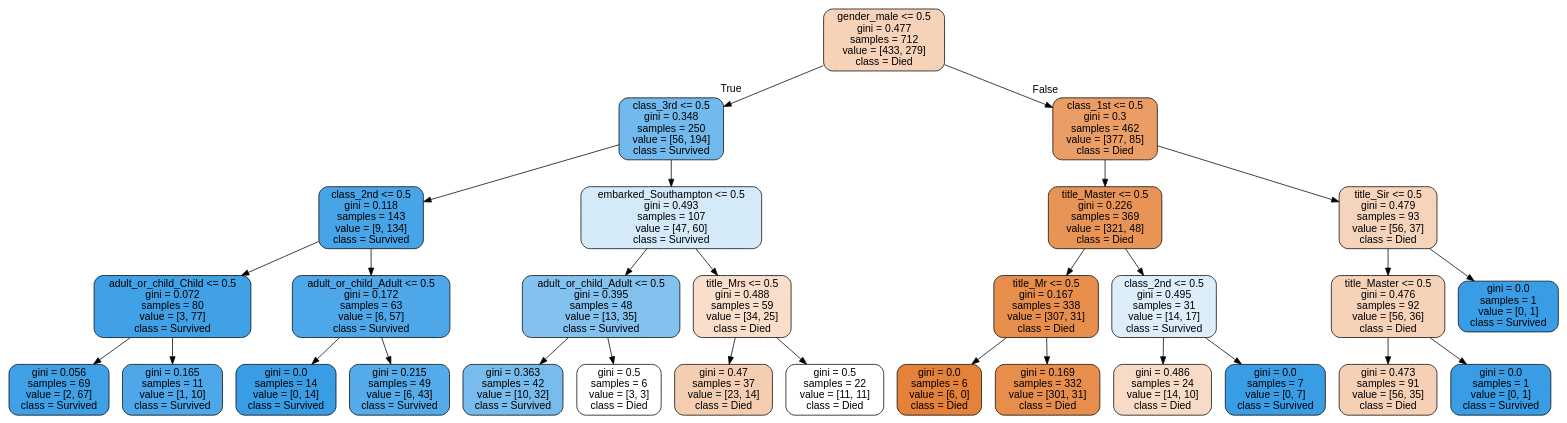
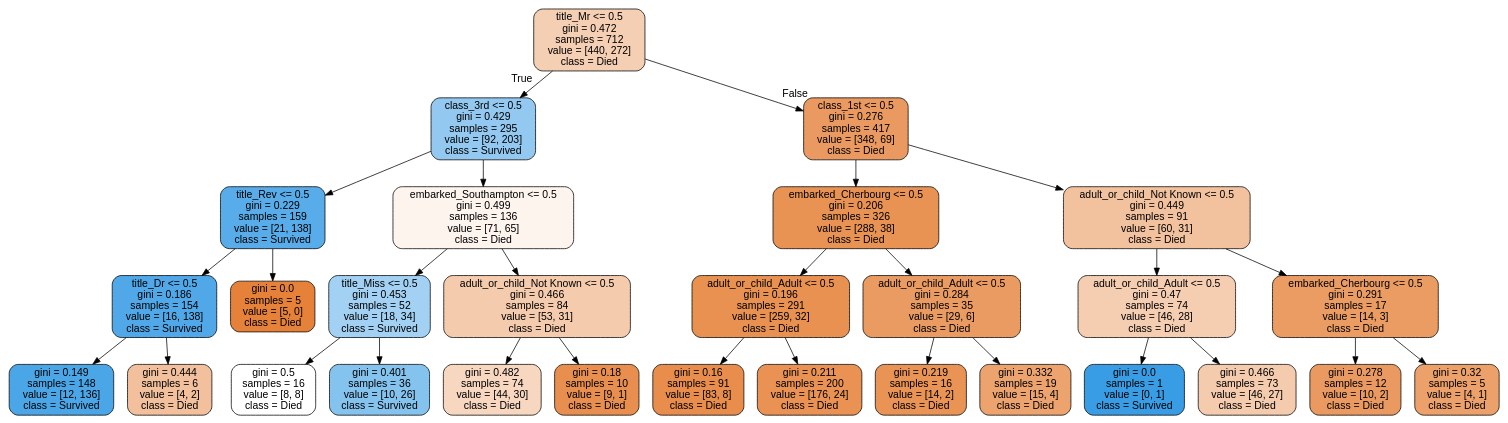
The diagram in titanic_tree.dot (MarkWilcock/Python-ML-Course), drawn with Graphviz before and after one commit. The commit also changed 6 other files, not shown here.

```diff
--- a/titanic_tree.dot
+++ b/titanic_tree.dot
@@ -1,61 +1,61 @@
 digraph Tree {
 node [shape=box, style="filled, rounded", color="black", fontname="helvetica"] ;
 edge [fontname="helvetica"] ;
-0 [label="gender_male <= 0.5\ngini = 0.477\nsamples = 712\nvalue = [433, 279]\nclass = Died", fillcolor="#f6d2b9"] ;
-1 [label="class_3rd <= 0.5\ngini = 0.348\nsamples = 250\nvalue = [56, 194]\nclass = Survived", fillcolor="#72b9ed"] ;
+0 [label="title_Mr <= 0.5\ngini = 0.472\nsamples = 712\nvalue = [440, 272]\nclass = Died", fillcolor="#f5cfb3"] ;
+1 [label="class_3rd <= 0.5\ngini = 0.429\nsamples = 295\nvalue = [92, 203]\nclass = Survived", fillcolor="#93c9f1"] ;
 0 -> 1 [labeldistance=2.5, labelangle=45, headlabel="True"] ;
-2 [label="class_2nd <= 0.5\ngini = 0.118\nsamples = 143\nvalue = [9, 134]\nclass = Survived", fillcolor="#46a4e7"] ;
+2 [label="title_Rev <= 0.5\ngini = 0.229\nsamples = 159\nvalue = [21, 138]\nclass = Survived", fillcolor="#57ace9"] ;
 1 -> 2 ;
-3 [label="adult_or_child_Child <= 0.5\ngini = 0.072\nsamples = 80\nvalue = [3, 77]\nclass = Survived", fillcolor="#41a1e6"] ;
+3 [label="title_Dr <= 0.5\ngini = 0.186\nsamples = 154\nvalue = [16, 138]\nclass = Survived", fillcolor="#50a8e8"] ;
 2 -> 3 ;
-4 [label="gini = 0.056\nsamples = 69\nvalue = [2, 67]\nclass = Survived", fillcolor="#3fa0e6"] ;
+4 [label="gini = 0.149\nsamples = 148\nvalue = [12, 136]\nclass = Survived", fillcolor="#4aa6e7"] ;
 3 -> 4 ;
-5 [label="gini = 0.165\nsamples = 11\nvalue = [1, 10]\nclass = Survived", fillcolor="#4da7e8"] ;
+5 [label="gini = 0.444\nsamples = 6\nvalue = [4, 2]\nclass = Died", fillcolor="#f2c09c"] ;
 3 -> 5 ;
-6 [label="adult_or_child_Adult <= 0.5\ngini = 0.172\nsamples = 63\nvalue = [6, 57]\nclass = Survived", fillcolor="#4ea7e8"] ;
+6 [label="gini = 0.0\nsamples = 5\nvalue = [5, 0]\nclass = Died", fillcolor="#e58139"] ;
 2 -> 6 ;
-7 [label="gini = 0.0\nsamples = 14\nvalue = [0, 14]\nclass = Survived", fillcolor="#399de5"] ;
-6 -> 7 ;
-8 [label="gini = 0.215\nsamples = 49\nvalue = [6, 43]\nclass = Survived", fillcolor="#55abe9"] ;
-6 -> 8 ;
-9 [label="embarked_Southampton <= 0.5\ngini = 0.493\nsamples = 107\nvalue = [47, 60]\nclass = Survived", fillcolor="#d4eaf9"] ;
-1 -> 9 ;
-10 [label="adult_or_child_Adult <= 0.5\ngini = 0.395\nsamples = 48\nvalue = [13, 35]\nclass = Survived", fillcolor="#83c1ef"] ;
-9 -> 10 ;
-11 [label="gini = 0.363\nsamples = 42\nvalue = [10, 32]\nclass = Survived", fillcolor="#77bced"] ;
-10 -> 11 ;
-12 [label="gini = 0.5\nsamples = 6\nvalue = [3, 3]\nclass = Died", fillcolor="#ffffff"] ;
-10 -> 12 ;
-13 [label="title_Mrs <= 0.5\ngini = 0.488\nsamples = 59\nvalue = [34, 25]\nclass = Died", fillcolor="#f8decb"] ;
-9 -> 13 ;
-14 [label="gini = 0.47\nsamples = 37\nvalue = [23, 14]\nclass = Died", fillcolor="#f5ceb2"] ;
-13 -> 14 ;
-15 [label="gini = 0.5\nsamples = 22\nvalue = [11, 11]\nclass = Died", fillcolor="#ffffff"] ;
-13 -> 15 ;
-16 [label="class_1st <= 0.5\ngini = 0.3\nsamples = 462\nvalue = [377, 85]\nclass = Died", fillcolor="#eb9d66"] ;
-0 -> 16 [labeldistance=2.5, labelangle=-45, headlabel="False"] ;
-17 [label="title_Master <= 0.5\ngini = 0.226\nsamples = 369\nvalue = [321, 48]\nclass = Died", fillcolor="#e99457"] ;
+7 [label="embarked_Southampton <= 0.5\ngini = 0.499\nsamples = 136\nvalue = [71, 65]\nclass = Died", fillcolor="#fdf4ee"] ;
+1 -> 7 ;
+8 [label="title_Miss <= 0.5\ngini = 0.453\nsamples = 52\nvalue = [18, 34]\nclass = Survived", fillcolor="#a2d1f3"] ;
+7 -> 8 ;
+9 [label="gini = 0.5\nsamples = 16\nvalue = [8, 8]\nclass = Died", fillcolor="#ffffff"] ;
+8 -> 9 ;
+10 [label="gini = 0.401\nsamples = 36\nvalue = [10, 26]\nclass = Survived", fillcolor="#85c3ef"] ;
+8 -> 10 ;
+11 [label="adult_or_child_Not Known <= 0.5\ngini = 0.466\nsamples = 84\nvalue = [53, 31]\nclass = Died", fillcolor="#f4cbad"] ;
+7 -> 11 ;
+12 [label="gini = 0.482\nsamples = 74\nvalue = [44, 30]\nclass = Died", fillcolor="#f7d7c0"] ;
+11 -> 12 ;
+13 [label="gini = 0.18\nsamples = 10\nvalue = [9, 1]\nclass = Died", fillcolor="#e88f4f"] ;
+11 -> 13 ;
+14 [label="class_1st <= 0.5\ngini = 0.276\nsamples = 417\nvalue = [348, 69]\nclass = Died", fillcolor="#ea9a60"] ;
+0 -> 14 [labeldistance=2.5, labelangle=-45, headlabel="False"] ;
+15 [label="embarked_Cherbourg <= 0.5\ngini = 0.206\nsamples = 326\nvalue = [288, 38]\nclass = Died", fillcolor="#e89253"] ;
+14 -> 15 ;
+16 [label="adult_or_child_Adult <= 0.5\ngini = 0.196\nsamples = 291\nvalue = [259, 32]\nclass = Died", fillcolor="#e89151"] ;
+15 -> 16 ;
+17 [label="gini = 0.16\nsamples = 91\nvalue = [83, 8]\nclass = Died", fillcolor="#e88d4c"] ;
 16 -> 17 ;
-18 [label="title_Mr <= 0.5\ngini = 0.167\nsamples = 338\nvalue = [307, 31]\nclass = Died", fillcolor="#e88e4d"] ;
-17 -> 18 ;
-19 [label="gini = 0.0\nsamples = 6\nvalue = [6, 0]\nclass = Died", fillcolor="#e58139"] ;
-18 -> 19 ;
-20 [label="gini = 0.169\nsamples = 332\nvalue = [301, 31]\nclass = Died", fillcolor="#e88e4d"] ;
-18 -> 20 ;
-21 [label="class_2nd <= 0.5\ngini = 0.495\nsamples = 31\nvalue = [14, 17]\nclass = Survived", fillcolor="#dceefa"] ;
-17 -> 21 ;
-22 [label="gini = 0.486\nsamples = 24\nvalue = [14, 10]\nclass = Died", fillcolor="#f8dbc6"] ;
-21 -> 22 ;
-23 [label="gini = 0.0\nsamples = 7\nvalue = [0, 7]\nclass = Survived", fillcolor="#399de5"] ;
-21 -> 23 ;
-24 [label="title_Sir <= 0.5\ngini = 0.479\nsamples = 93\nvalue = [56, 37]\nclass = Died", fillcolor="#f6d4bc"] ;
-16 -> 24 ;
-25 [label="title_Master <= 0.5\ngini = 0.476\nsamples = 92\nvalue = [56, 36]\nclass = Died", fillcolor="#f6d2b8"] ;
-24 -> 25 ;
-26 [label="gini = 0.473\nsamples = 91\nvalue = [56, 35]\nclass = Died", fillcolor="#f5d0b5"] ;
-25 -> 26 ;
-27 [label="gini = 0.0\nsamples = 1\nvalue = [0, 1]\nclass = Survived", fillcolor="#399de5"] ;
-25 -> 27 ;
-28 [label="gini = 0.0\nsamples = 1\nvalue = [0, 1]\nclass = Survived", fillcolor="#399de5"] ;
-24 -> 28 ;
+18 [label="gini = 0.211\nsamples = 200\nvalue = [176, 24]\nclass = Died", fillcolor="#e99254"] ;
+16 -> 18 ;
+19 [label="adult_or_child_Adult <= 0.5\ngini = 0.284\nsamples = 35\nvalue = [29, 6]\nclass = Died", fillcolor="#ea9b62"] ;
+15 -> 19 ;
+20 [label="gini = 0.219\nsamples = 16\nvalue = [14, 2]\nclass = Died", fillcolor="#e99355"] ;
+19 -> 20 ;
+21 [label="gini = 0.332\nsamples = 19\nvalue = [15, 4]\nclass = Died", fillcolor="#eca36e"] ;
+19 -> 21 ;
+22 [label="adult_or_child_Not Known <= 0.5\ngini = 0.449\nsamples = 91\nvalue = [60, 31]\nclass = Died", fillcolor="#f2c29f"] ;
+14 -> 22 ;
+23 [label="adult_or_child_Adult <= 0.5\ngini = 0.47\nsamples = 74\nvalue = [46, 28]\nclass = Died", fillcolor="#f5ceb2"] ;
+22 -> 23 ;
+24 [label="gini = 0.0\nsamples = 1\nvalue = [0, 1]\nclass = Survived", fillcolor="#399de5"] ;
+23 -> 24 ;
+25 [label="gini = 0.466\nsamples = 73\nvalue = [46, 27]\nclass = Died", fillcolor="#f4cbad"] ;
+23 -> 25 ;
+26 [label="embarked_Cherbourg <= 0.5\ngini = 0.291\nsamples = 17\nvalue = [14, 3]\nclass = Died", fillcolor="#eb9c63"] ;
+22 -> 26 ;
+27 [label="gini = 0.278\nsamples = 12\nvalue = [10, 2]\nclass = Died", fillcolor="#ea9a61"] ;
+26 -> 27 ;
+28 [label="gini = 0.32\nsamples = 5\nvalue = [4, 1]\nclass = Died", fillcolor="#eca06a"] ;
+26 -> 28 ;
 }
```
